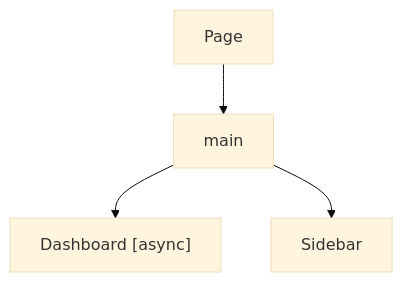
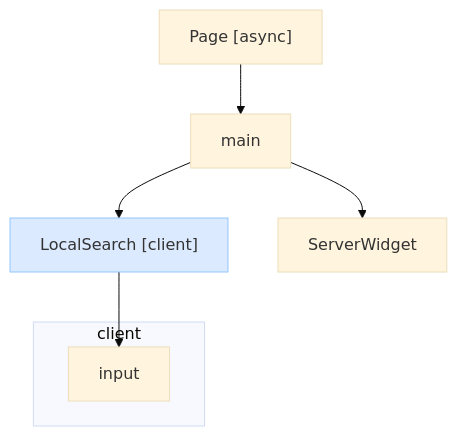
Before and after one commit to makotot/canopy: the diagram in README.md, drawn with Mermaid (base theme). The commit also changed other lines of this file and 27 other files, not shown here.

````diff
--- a/README.md
+++ b/README.md
@@ -33,10 +33,15 @@
 ```mermaid
 flowchart TD
-  n0["Page"]
+  n0["Page [async]"]
   n1["main"]
-  n2["Dashboard [async]"]
-  n3["Sidebar"]
+  n2["LocalSearch [client]"]
+  subgraph sg3 ["client"]
+    n4["input"]
+  end
+  n5["ServerWidget"]
   n0 --> n1
   n1 --> n2
-  n1 --> n3
+  n2 --> n4
+  n1 --> n5
+  style n2 fill:#dbeafe,stroke:#93c5fd
 ```
````
